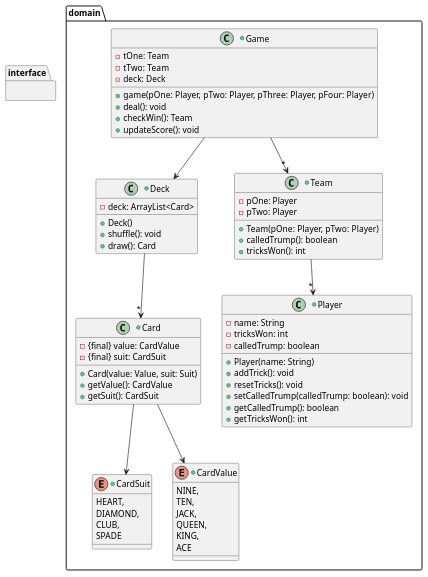
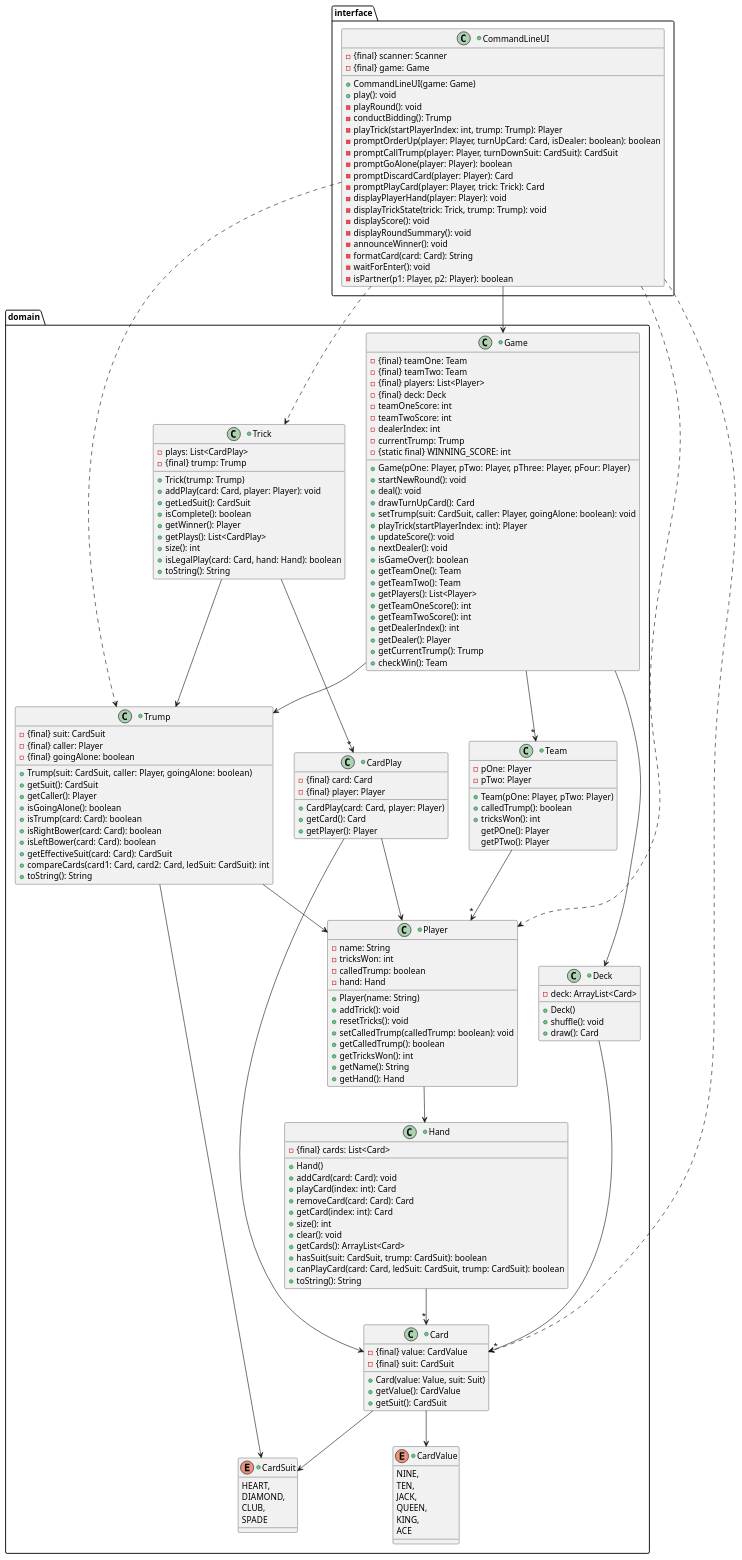
The diagram in docs/design/design.puml (nu-cs-sw-design/project-20252601-nic_396_fp), drawn with PlantUML before and after one commit.

Commit message:
finished design

```diff
--- a/docs/design/design.puml
+++ b/docs/design/design.puml
@@ -1,82 +1,197 @@
 @startuml
 package domain {
     +class Deck {
         -deck: ArrayList<Card>
 
         +Deck()
         +shuffle(): void
         +draw(): Card
+    }
+    +class Hand {
+        -{final} cards: List<Card>
+        +Hand()
+        +addCard(card: Card): void
+        +playCard(index: int): Card
+        +removeCard(card: Card): Card
+        +getCard(index: int): Card
+        +size(): int
+        +clear(): void
+        +getCards(): ArrayList<Card>
+        +hasSuit(suit: CardSuit, trump: CardSuit): boolean
+        +canPlayCard(card: Card, ledSuit: CardSuit, trump: CardSuit): boolean
+        +toString(): String
+
+    }
+
+    +class Trump {
+        -{final} suit: CardSuit
+        -{final} caller: Player
+        -{final} goingAlone: boolean
+
+        +Trump(suit: CardSuit, caller: Player, goingAlone: boolean)
+        +getSuit(): CardSuit
+        +getCaller(): Player
+        +isGoingAlone(): boolean
+        +isTrump(card: Card): boolean
+        +isRightBower(card: Card): boolean
+        +isLeftBower(card: Card): boolean
+        +getEffectiveSuit(card: Card): CardSuit
+        +compareCards(card1: Card, card2: Card, ledSuit: CardSuit): int
+        +toString(): String
+    }
+
+    +class Trick {
+        -plays: List<CardPlay>
+        -{final} trump: Trump
+
+        +Trick(trump: Trump)
+        +addPlay(card: Card, player: Player): void
+        +getLedSuit(): CardSuit
+        +isComplete(): boolean
+        +getWinner(): Player
+        +getPlays(): List<CardPlay>
+        +size(): int
+        +isLegalPlay(card: Card, hand: Hand): boolean
+        +toString(): String
+    }
+
+    +class CardPlay {
+        -{final} card: Card
+        -{final} player: Player
+
+        +CardPlay(card: Card, player: Player)
+        +getCard(): Card
+        +getPlayer(): Player
     }
 
     +class Card {
         -{final} value: CardValue
         -{final} suit: CardSuit
 
         +Card(value: Value, suit: Suit)
         +getValue(): CardValue
         +getSuit(): CardSuit
     }
 
     +enum CardSuit {
         HEART,
         DIAMOND,
         CLUB,
         SPADE
     }
     +enum CardValue {
         NINE,
         TEN,
         JACK,
         QUEEN,
         KING,
         ACE
     }
 
-    +class Game {
-        -tOne: Team
-        -tTwo: Team
-        -deck: Deck
-
-        +game(pOne: Player, pTwo: Player, pThree: Player, pFour: Player)
-        +deal(): void
-        +checkWin(): Team
-        +updateScore(): void
-    }
 
     +class Team {
         -pOne: Player
         -pTwo: Player
 
         +Team(pOne: Player, pTwo: Player)
         +calledTrump(): boolean
         +tricksWon(): int
+        getPOne(): Player
+        getPTwo(): Player
 
     }
+   +class Game {
+        -{final} teamOne: Team
+        -{final} teamTwo: Team
+        -{final} players: List<Player>
+        -{final} deck: Deck
+        -teamOneScore: int
+        -teamTwoScore: int
+        -dealerIndex: int
+        -currentTrump: Trump
+        -{static final} WINNING_SCORE: int
 
+        +Game(pOne: Player, pTwo: Player, pThree: Player, pFour: Player)
+        +startNewRound(): void
+        +deal(): void
+        +drawTurnUpCard(): Card
+        +setTrump(suit: CardSuit, caller: Player, goingAlone: boolean): void
+        +playTrick(startPlayerIndex: int): Player
+        +updateScore(): void
+        +nextDealer(): void
+        +isGameOver(): boolean
+        +getTeamOne(): Team
+        +getTeamTwo(): Team
+        +getPlayers(): List<Player>
+        +getTeamOneScore(): int
+        +getTeamTwoScore(): int
+        +getDealerIndex(): int
+        +getDealer(): Player
+        +getCurrentTrump(): Trump
+        +checkWin(): Team
+    }
     +class Player {
         -name: String
         -tricksWon: int
         -calledTrump: boolean
+        -hand: Hand
 
         +Player(name: String)
         +addTrick(): void
         +resetTricks(): void
         +setCalledTrump(calledTrump: boolean): void
         +getCalledTrump(): boolean
         +getTricksWon(): int
+        +getName(): String
+        +getHand(): Hand
 
     }
 }
 package interface {
+    +class CommandLineUI {
+        -{final} scanner: Scanner
+        -{final} game: Game
 
+        +CommandLineUI(game: Game)
+        +play(): void
+        -playRound(): void
+        -conductBidding(): Trump
+        -playTrick(startPlayerIndex: int, trump: Trump): Player
+        -promptOrderUp(player: Player, turnUpCard: Card, isDealer: boolean): boolean
+        -promptCallTrump(player: Player, turnDownSuit: CardSuit): CardSuit
+        -promptGoAlone(player: Player): boolean
+        -promptDiscardCard(player: Player): Card
+        -promptPlayCard(player: Player, trick: Trick): Card
+        -displayPlayerHand(player: Player): void
+        -displayTrickState(trick: Trick, trump: Trump): void
+        -displayScore(): void
+        -displayRoundSummary(): void
+        -announceWinner(): void
+        -formatCard(card: Card): String
+        -waitForEnter(): void
+        -isPartner(p1: Player, p2: Player): boolean
+    }
 }
 
 Deck --> "*" Card
 Card --> CardSuit
 Card --> CardValue
 Game --> "*" Team
 Game --> Deck
 Team --> "*" Player
-
+Player --> Hand
+Hand --> "*" Card
+Trump --> CardSuit
+Trump --> Player
+Trick --> Trump
+Trick --> "*" CardPlay
+CardPlay --> Card
+CardPlay --> Player
+Game --> Trump
+CommandLineUI --> Game
+CommandLineUI ..> Trump
+CommandLineUI ..> Trick
+CommandLineUI ..> Card
+CommandLineUI ..> Player
 
 @enduml
```
